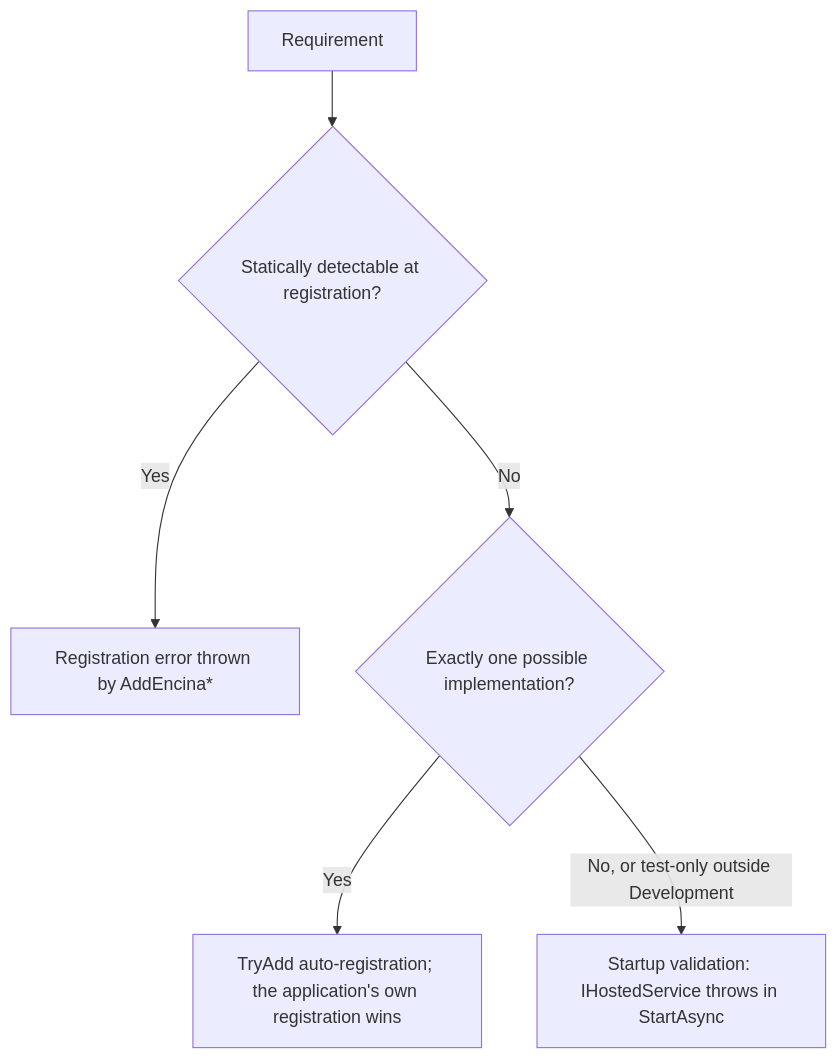
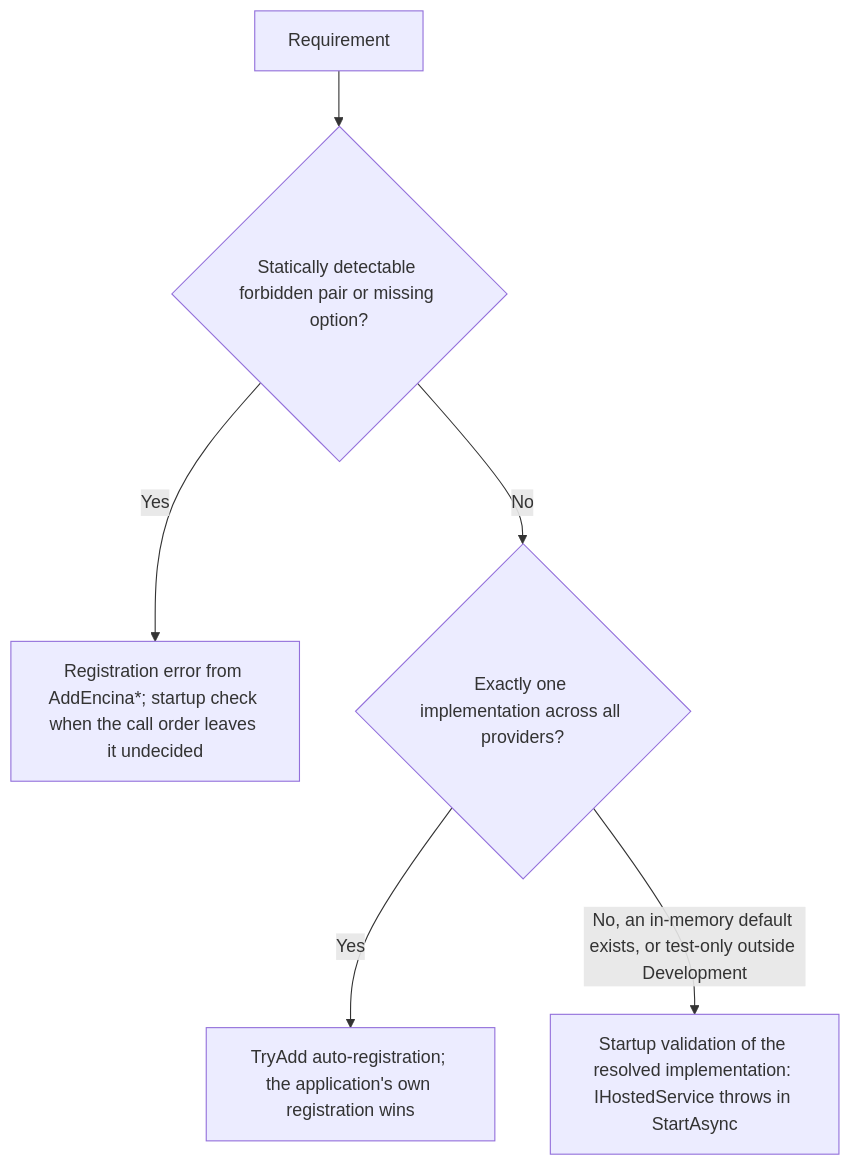
One commit to dlrivada/Encina changed the diagram in docs/architecture/module-dependency-matrix.md. Above: the diagram before and after it, drawn with Mermaid. The commit also changed other lines of this file and 1 other file, not shown here.

````diff
--- a/docs/architecture/module-dependency-matrix.md
+++ b/docs/architecture/module-dependency-matrix.md
@@ -30,8 +34,8 @@
 ```mermaid
 flowchart TD
-    A[Requirement] --> B{Statically detectable at registration?}
-    B -->|Yes| C[Registration error thrown by AddEncina*]
-    B -->|No| D{Exactly one possible implementation?}
-    D -->|Yes| E[TryAdd auto-registration; the application's own registration wins]
-    D -->|No, or test-only outside Development| F[Startup validation: IHostedService throws in StartAsync]
+    A[Requirement] --> B{Statically detectable forbidden pair or missing option?}
+    B -->|Yes| C["Registration error from AddEncina*; startup check when the call order leaves it undecided"]
+    B -->|No| D{Exactly one implementation across all providers?}
+    D -->|Yes| E["TryAdd auto-registration; the application's own registration wins"]
+    D -->|"No, an in-memory default exists, or test-only outside Development"| F["Startup validation of the resolved implementation: IHostedService throws in StartAsync"]
 ```
````
